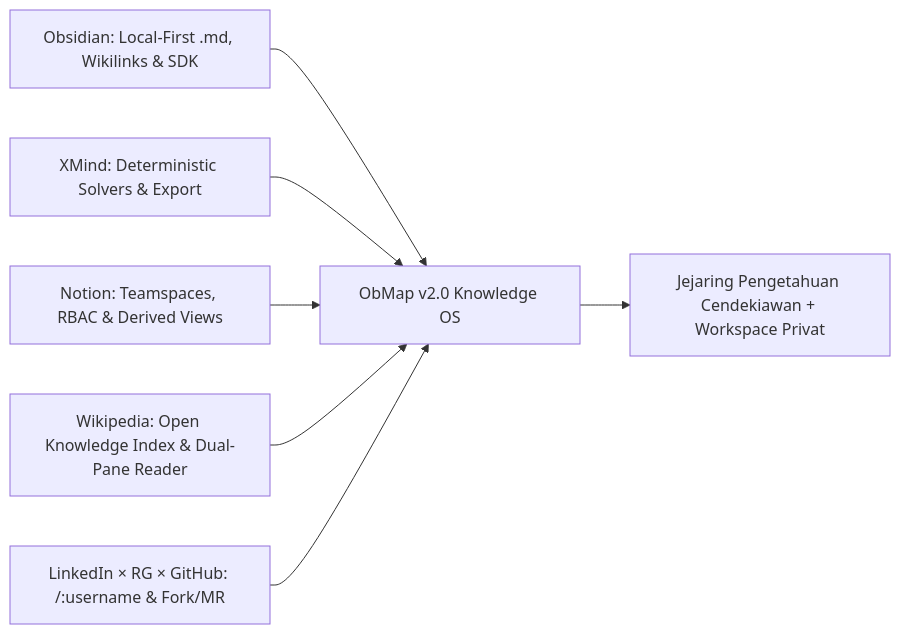
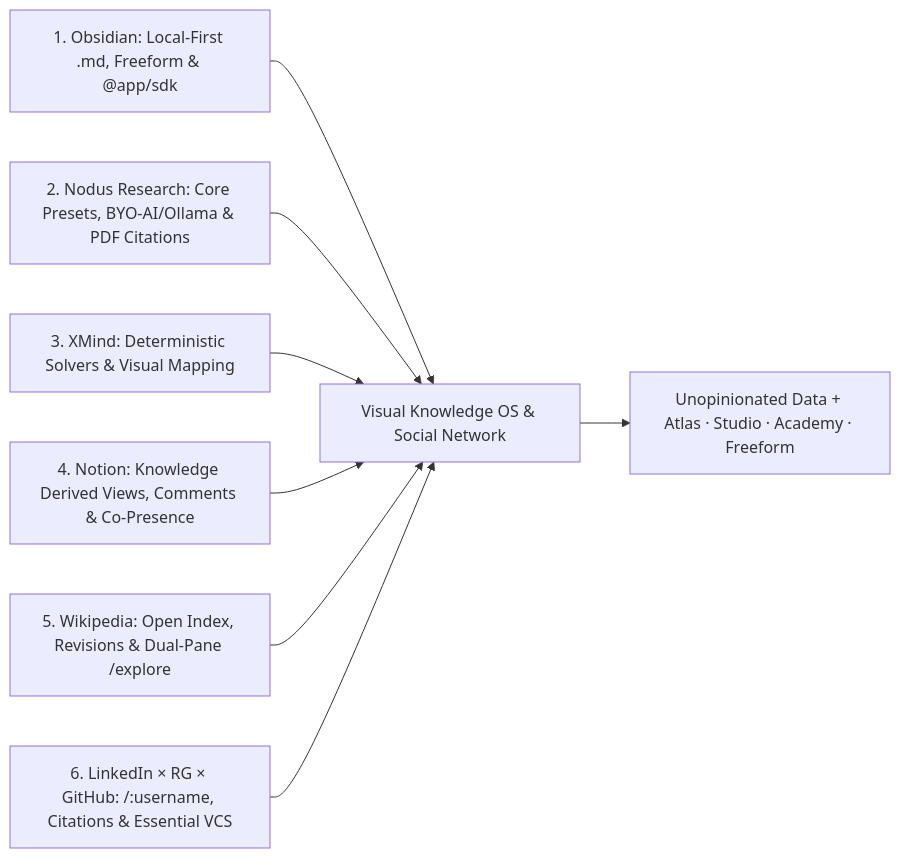
One commit to mjd-code/obmap-meed changed the diagram in docs/01-visions/vision-mission.md. Above: the diagram before and after it, drawn with Mermaid. The commit also changed other lines of this file and 48 other files, not shown here.

````diff
--- a/docs/01-visions/vision-mission.md
+++ b/docs/01-visions/vision-mission.md
@@ -43,9 +52,10 @@
 ```mermaid
 flowchart LR
-    OBS["Obsidian: Local-First .md, Wikilinks & SDK"] --> CORE["ObMap v2.0 Knowledge OS"]
-    XM["XMind: Deterministic Solvers & Export"] --> CORE
-    NOT["Notion: Teamspaces, RBAC & Derived Views"] --> CORE
-    WIK["Wikipedia: Open Knowledge Index & Dual-Pane Reader"] --> CORE
-    SOC["LinkedIn × RG × GitHub: /:username & Fork/MR"] --> CORE
-    CORE --> OUT["Jejaring Pengetahuan Cendekiawan + Workspace Privat"]
+    OBS["1. Obsidian: Local-First .md, Freeform & @app/sdk"] --> CORE["Visual Knowledge OS & Social Network"]
+    NOD["2. Nodus Research: Core Presets, BYO-AI/Ollama & PDF Citations"] --> CORE
+    XM["3. XMind: Deterministic Solvers & Visual Mapping"] --> CORE
+    NOT["4. Notion: Knowledge Derived Views, Comments & Co-Presence"] --> CORE
+    WIK["5. Wikipedia: Open Index, Revisions & Dual-Pane /explore"] --> CORE
+    SOC["6. LinkedIn × RG × GitHub: /:username, Citations & Essential VCS"] --> CORE
+    CORE --> OUT["Unopinionated Data + Atlas · Studio · Academy · Freeform"]
 ```
````
